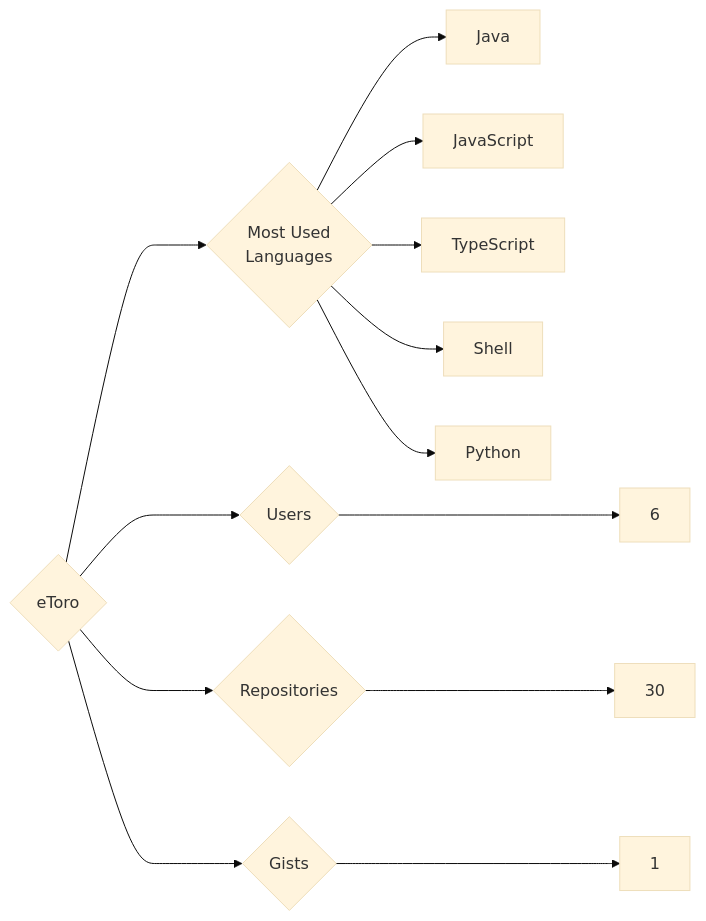
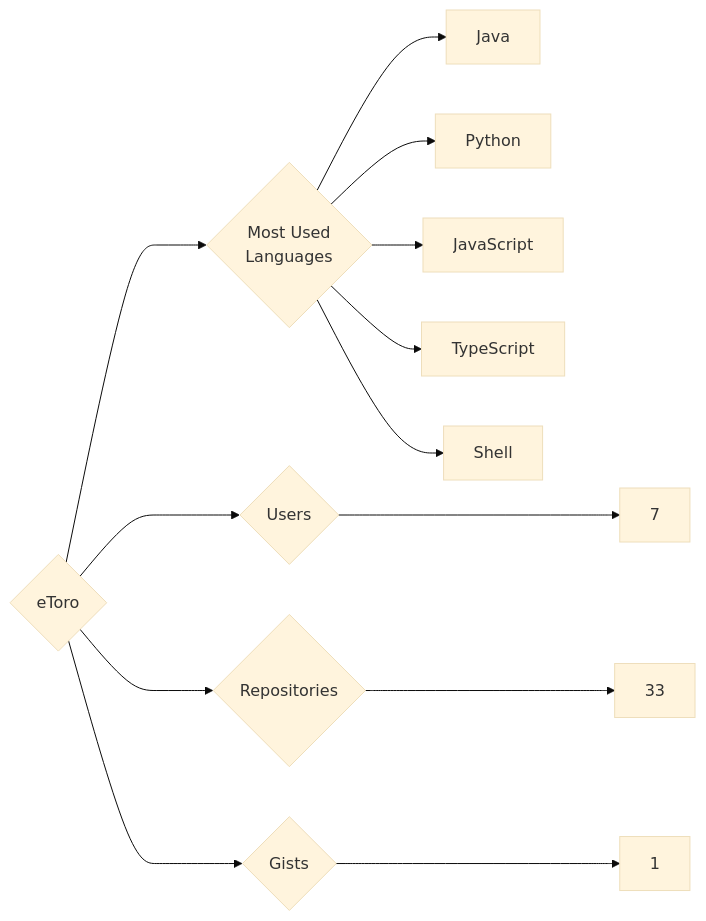
Before and after one commit to trickest/insiders: the diagram in targets/eToro/README.md, drawn with Mermaid (base theme). The commit also changed 988 other files, not shown here.

````diff
--- a/targets/eToro/README.md
+++ b/targets/eToro/README.md
@@ -3,13 +3,13 @@
 ```mermaid
 graph LR
 COMPANY_NAME{eToro}
-COMPANY_NAME ---> U{Users} ---> UN[6]
-COMPANY_NAME ---> R{Repositories} ---> RN[30]
+COMPANY_NAME ---> U{Users} ---> UN[7]
+COMPANY_NAME ---> R{Repositories} ---> RN[33]
 COMPANY_NAME ---> G{Gists} ---> GN[1]
 COMPANY_NAME ---> ML{Most Used<br>Languages}
 ML --> Java[Java]
+ML --> Python[Python]
 ML --> JavaScript[JavaScript]
 ML --> TypeScript[TypeScript]
 ML --> Shell[Shell]
-ML --> Python[Python]
 ```
````
